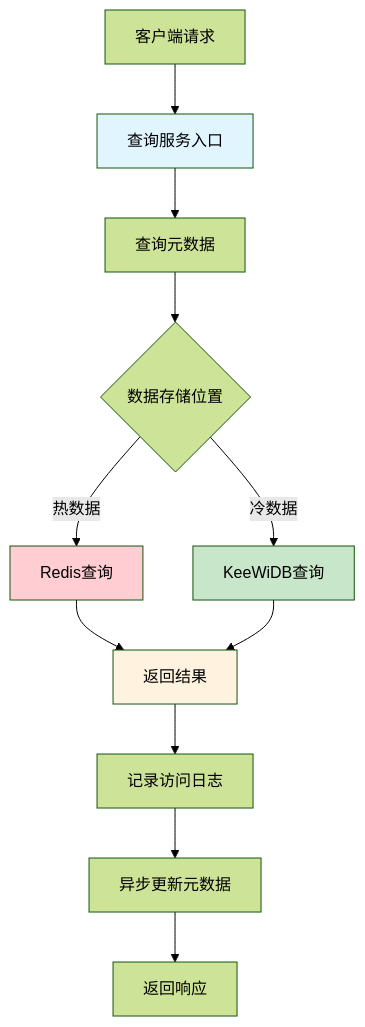
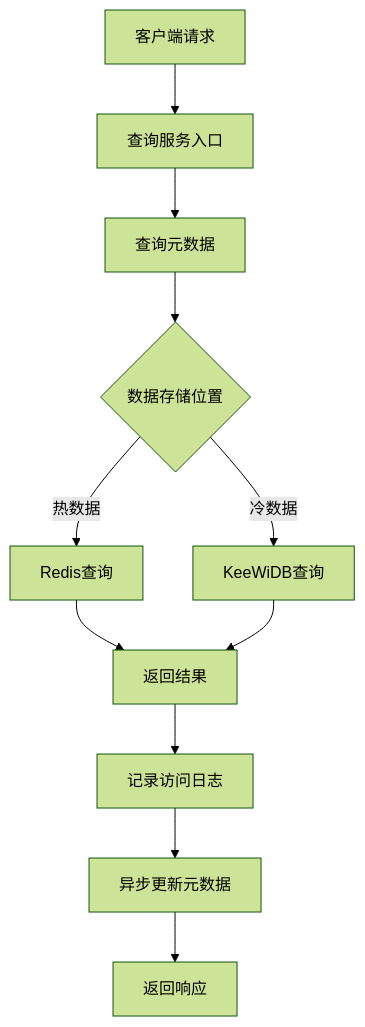
Before and after one commit to lunamage/FeatureHub: the first of 4 diagrams in README.md, drawn with Mermaid (forest theme). The commit also changed other lines of this file, not shown here.

Commit message:
更新 README.md 文件，优化 mermaid 图表的描述方式，简化节点表示，增强文档的可读性和一致性。

````diff
--- a/README.md
+++ b/README.md
@@ -108,18 +108,13 @@
 ```mermaid
 graph TD
-    A["客户端请求"] --> B["查询服务入口"]
-    B --> C["查询元数据"]
-    C --> D{"数据存储位置"}
-    D -->|热数据| E["Redis查询"]
-    D -->|冷数据| F["KeeWiDB查询"]
-    E --> G["返回结果"]
+    A[客户端请求] --> B[查询服务入口]
+    B --> C[查询元数据]
+    C --> D{数据存储位置}
+    D -->|热数据| E[Redis查询]
+    D -->|冷数据| F[KeeWiDB查询]
+    E --> G[返回结果]
     F --> G
-    G --> H["记录访问日志"]
-    H --> I["异步更新元数据"]
-    I --> J["返回响应"]
-    
-    style B fill:#e1f5fe
-    style E fill:#ffcdd2
-    style F fill:#c8e6c9
-    style G fill:#fff3e0
+    G --> H[记录访问日志]
+    H --> I[异步更新元数据]
+    I --> J[返回响应]
 ```
````
